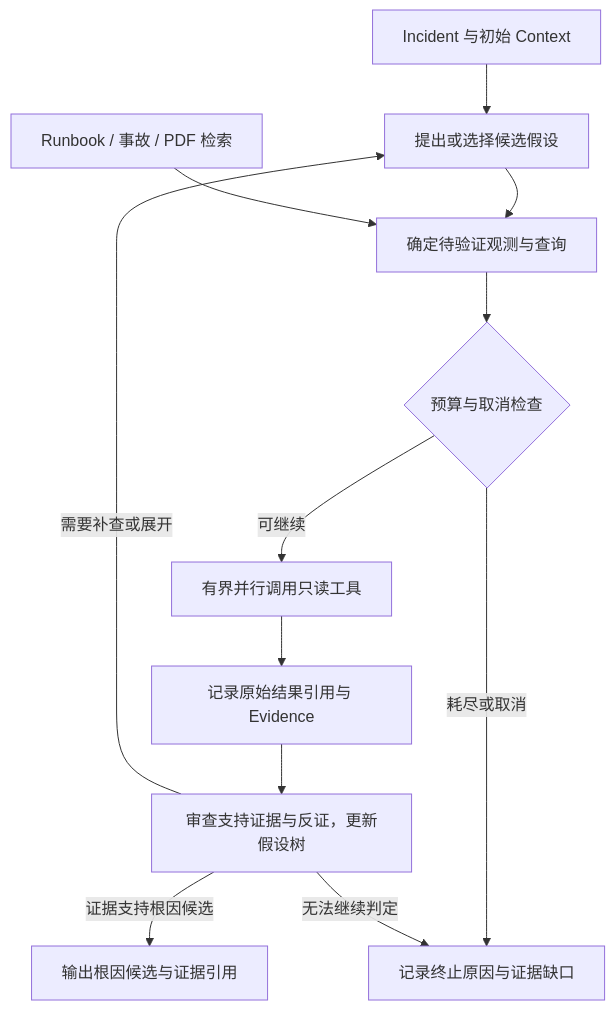
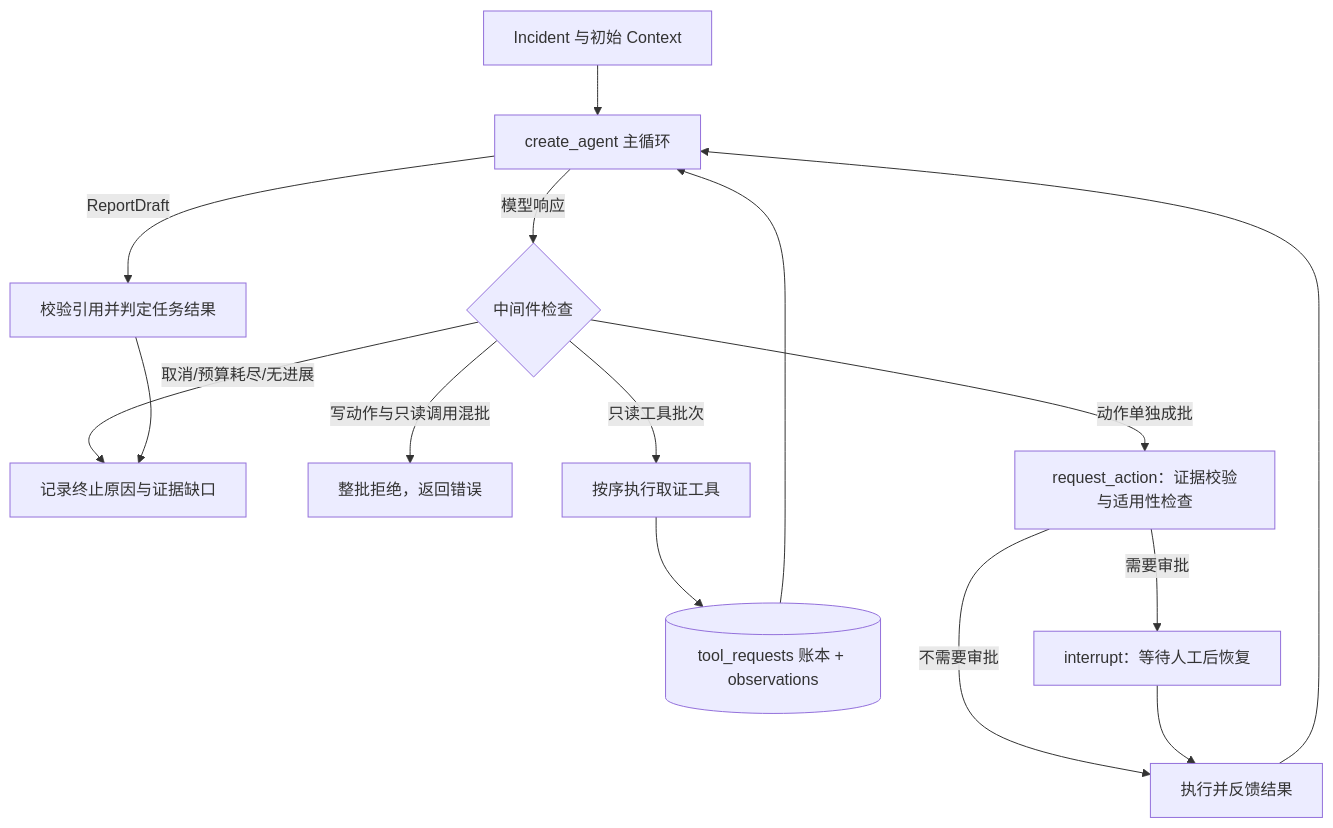
The third of 7 diagrams in docs/architecture.md (ZDAN-OvO/vigil-ops-agent), drawn with Mermaid before and after one commit. The commit also changed other lines of this file and 147 other files, not shown here.

````diff
--- a/docs/architecture.md
+++ b/docs/architecture.md
@@ -78,14 +78,17 @@
 ```mermaid
 flowchart TD
-    I[Incident 与初始 Context] --> H[提出或选择候选假设]
-    H --> Q[确定待验证观测与查询]
-    K[Runbook / 事故 / PDF 检索] --> Q
-    Q --> B{预算与取消检查}
-    B -->|可继续| T[有界并行调用只读工具]
-    B -->|耗尽或取消| N[记录终止原因与证据缺口]
-    T --> E[记录原始结果引用与 Evidence]
-    E --> V[审查支持证据与反证，更新假设树]
-    V -->|需要补查或展开| H
-    V -->|证据支持根因候选| R[输出根因候选与证据引用]
-    V -->|无法继续判定| N
+    I[Incident 与初始 Context] --> A[create_agent 主循环]
+    A -->|模型响应| G{中间件检查}
+    G -->|取消/预算耗尽/无进展| N[记录终止原因与证据缺口]
+    G -->|写动作与只读调用混批| X[整批拒绝，返回错误]
+    G -->|只读工具批次| T[按序执行取证工具]
+    G -->|动作单独成批| P[request_action：证据校验与适用性检查]
+    T --> L[(tool_requests 账本 + observations)]
+    L --> A
+    P -->|不需要审批| E[执行并反馈结果]
+    P -->|需要审批| W[interrupt：等待人工后恢复]
+    W --> E
+    E --> A
+    A -->|ReportDraft| R[校验引用并判定任务结果]
+    R --> N
 ```
````
